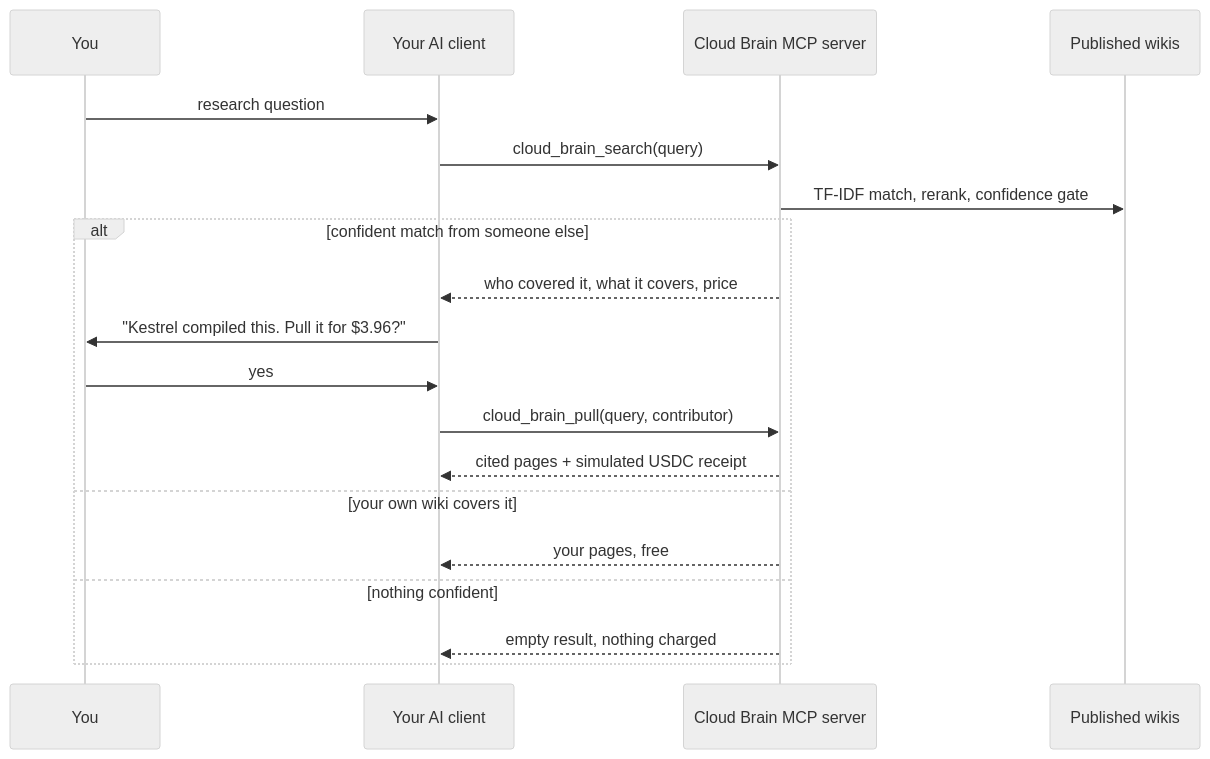
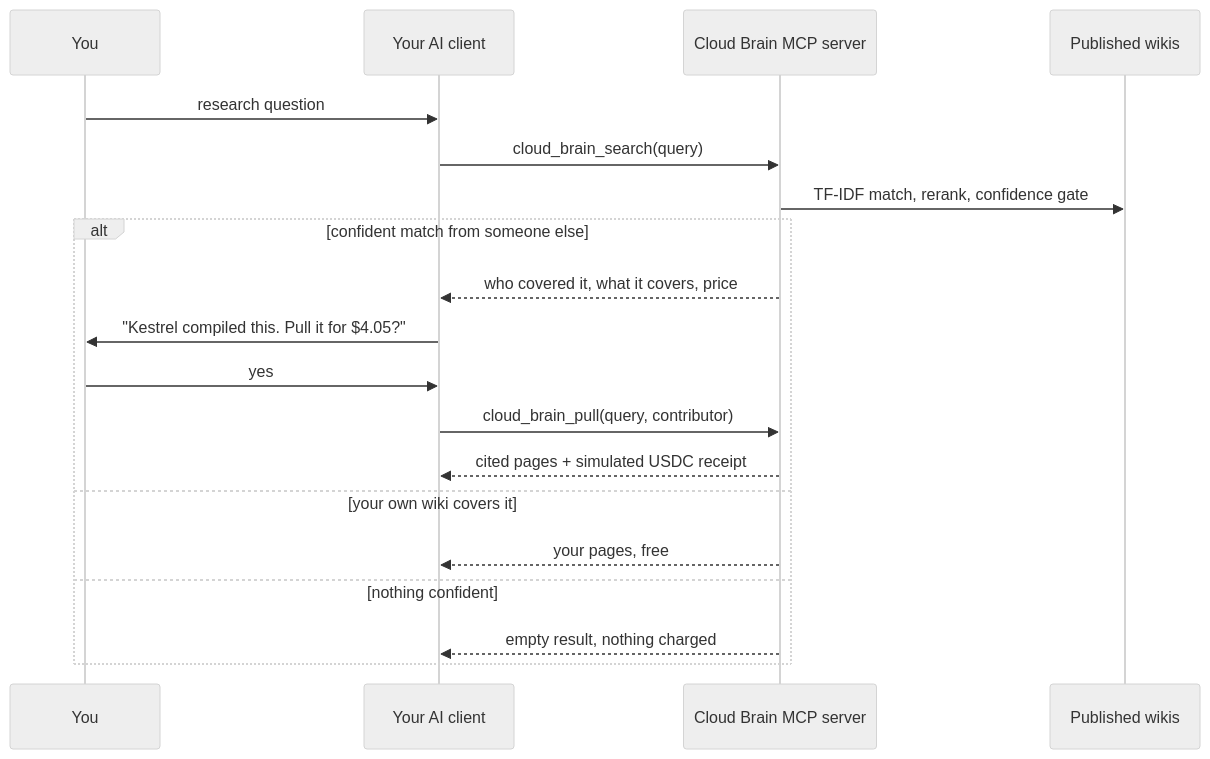
The first of 2 diagrams in README.md (ayushcchoudhary-hub/cloud-brain), drawn with Mermaid (neutral theme) before and after one commit. The commit also changed other lines of this file and 10 other files, not shown here.

````diff
--- a/README.md
+++ b/README.md
@@ -57,21 +57,21 @@
 ```mermaid
 sequenceDiagram
   participant U as You
   participant A as Your AI client
   participant CB as Cloud Brain MCP server
   participant N as Published wikis
   U->>A: research question
   A->>CB: cloud_brain_search(query)
   CB->>N: TF-IDF match, rerank, confidence gate
   alt confident match from someone else
     CB-->>A: who covered it, what it covers, price
-    A->>U: "Kestrel compiled this. Pull it for $3.96?"
+    A->>U: "Kestrel compiled this. Pull it for $4.05?"
     U->>A: yes
     A->>CB: cloud_brain_pull(query, contributor)
     CB-->>A: cited pages + simulated USDC receipt
   else your own wiki covers it
     CB-->>A: your pages, free
   else nothing confident
     CB-->>A: empty result, nothing charged
   end
 ```
````
